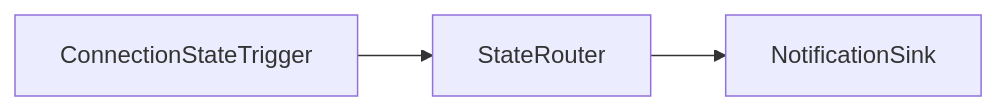
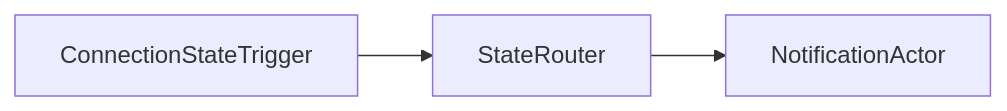
The third of 5 diagrams in docs/fork-flow.md (araxis/FluxMq), drawn with Mermaid before and after one commit. The commit also changed other lines of this file and 70 other files, not shown here.

````diff
--- a/docs/fork-flow.md
+++ b/docs/fork-flow.md
@@ -32,5 +34,5 @@
 ```mermaid
 flowchart LR
     StateTrigger["ConnectionStateTrigger"] --> StateRouter["StateRouter"]
-    StateRouter --> NotificationSink["NotificationSink"]
+    StateRouter --> NotificationActor["NotificationActor"]
 ```
````
